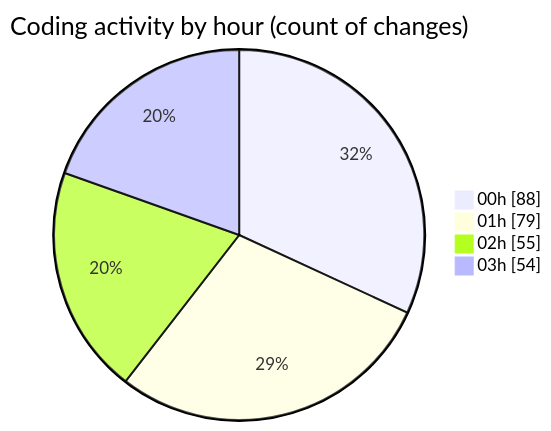
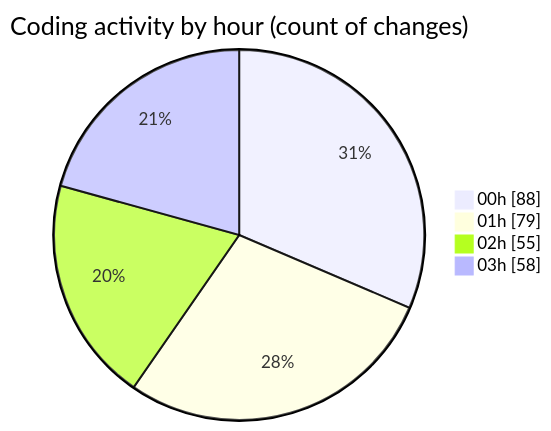
The second of 2 diagrams in 2025-08-16/rentotp/README.md (lephambinh05/code-tracking), drawn with Mermaid before and after one commit. The commit also changed other lines of this file and 1 other file, not shown here.

````diff
--- a/2025-08-16/rentotp/README.md
+++ b/2025-08-16/rentotp/README.md
@@ -63,8 +63,8 @@
 ```mermaid
 pie showData
 title Coding activity by hour (count of changes)
 "00h" : 88
 "01h" : 79
 "02h" : 55
-"03h" : 54
+"03h" : 58
 ```
````
